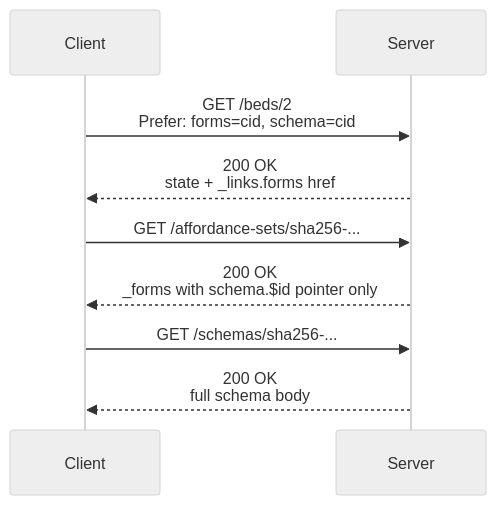
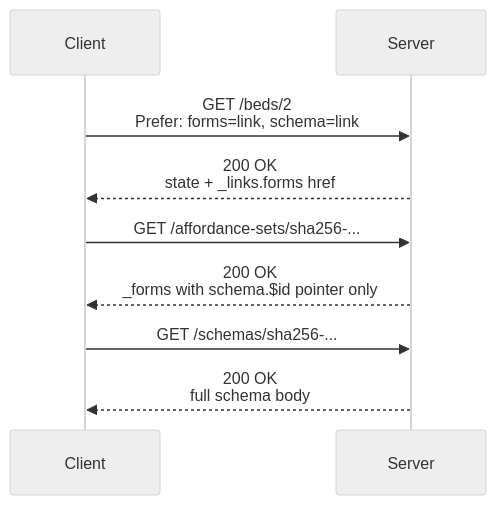
The third of 7 diagrams in spec/SPEC.md (JogoShugh/heart-rise-artie), drawn with Mermaid (neutral theme) before and after one commit. The commit also changed other lines of this file and 1 other file, not shown here.

First line of the commit message:
Spec: strong If-Match comparison for acts, and forms=link, schema=link

````diff
--- a/spec/SPEC.md
+++ b/spec/SPEC.md
@@ -548,14 +556,14 @@
 ```mermaid
 sequenceDiagram
     participant Client
     participant Server
 
-    Client->>Server: GET /beds/2<br/>Prefer: forms=cid, schema=cid
+    Client->>Server: GET /beds/2<br/>Prefer: forms=link, schema=link
     Server-->>Client: 200 OK<br/>state + _links.forms href
 
     Client->>Server: GET /affordance-sets/sha256-...
     Server-->>Client: 200 OK<br/>_forms with schema.$id pointer only
 
     Client->>Server: GET /schemas/sha256-...
     Server-->>Client: 200 OK<br/>full schema body
 ```
````
